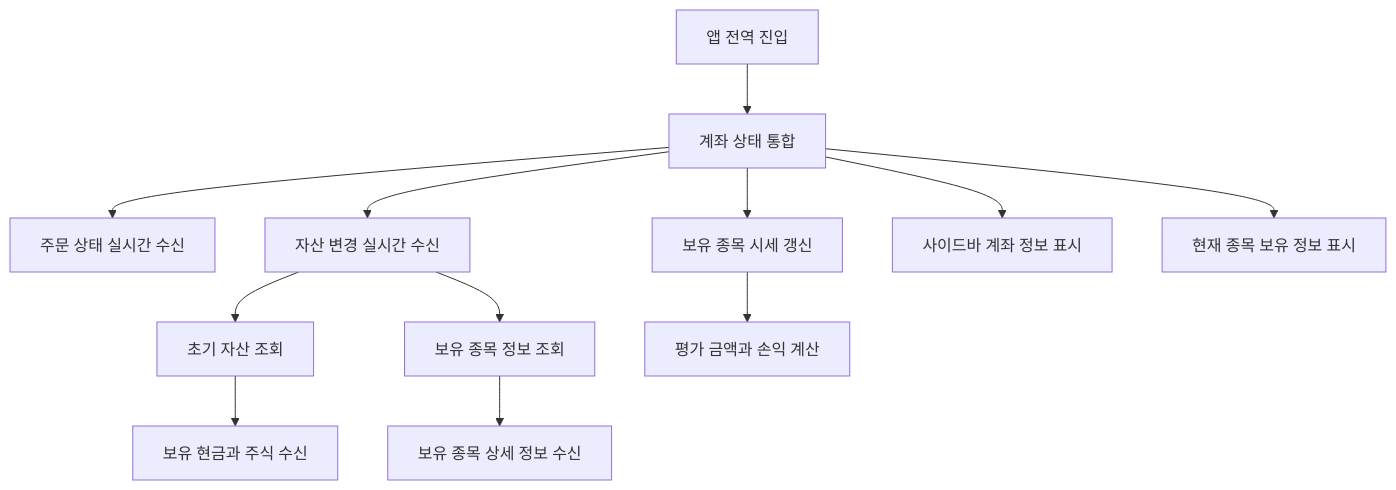
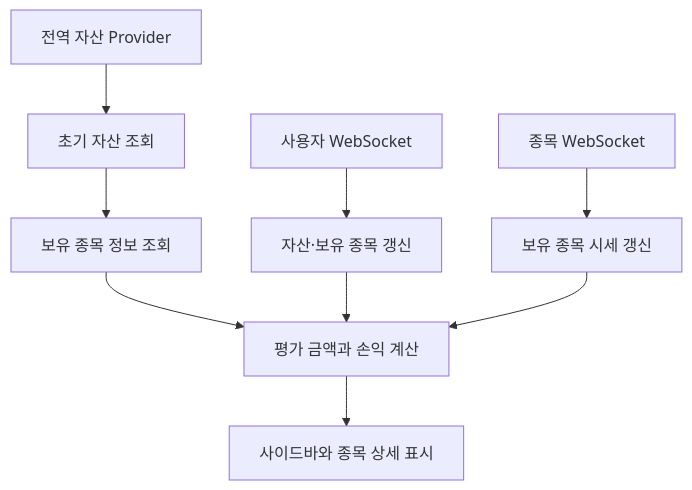
Before and after one commit to poi277/StockProject: the diagram in StockFrontEnd/docs/07-user-asset.md, drawn with Mermaid. The commit also changed other lines of this file and 49 other files, not shown here.

````diff
--- a/StockFrontEnd/docs/07-user-asset.md
+++ b/StockFrontEnd/docs/07-user-asset.md
@@ -114,14 +156,11 @@
 ```mermaid
 flowchart TD
-  Layout["앱 전역 진입"] --> Provider["계좌 상태 통합"]
-  Provider --> OrderHook["주문 상태 실시간 수신"]
-  Provider --> AssetHook["자산 변경 실시간 수신"]
-  Provider --> StockHook["보유 종목 시세 갱신"]
-  AssetHook --> AssetAPI["초기 자산 조회"]
-  AssetAPI --> AssetEndpoint["보유 현금과 주식 수신"]
-  AssetHook --> StockInfoAPI["보유 종목 정보 조회"]
-  StockInfoAPI --> StockEndpoint["보유 종목 상세 정보 수신"]
-  StockHook --> StocksArray["평가 금액과 손익 계산"]
-  Provider --> SideBar["사이드바 계좌 정보 표시"]
-  Provider --> HaveStock["현재 종목 보유 정보 표시"]
+  Provider["전역 자산 Provider"] --> API["초기 자산 조회"]
+  API --> Stocks["보유 종목 정보 조회"]
+  UserWS["사용자 WebSocket"] --> Asset["자산·보유 종목 갱신"]
+  StockWS["종목 WebSocket"] --> Price["보유 종목 시세 갱신"]
+  Stocks --> Evaluate["평가 금액과 손익 계산"]
+  Asset --> Evaluate
+  Price --> Evaluate
+  Evaluate --> View["사이드바와 종목 상세 표시"]
 ```
````
